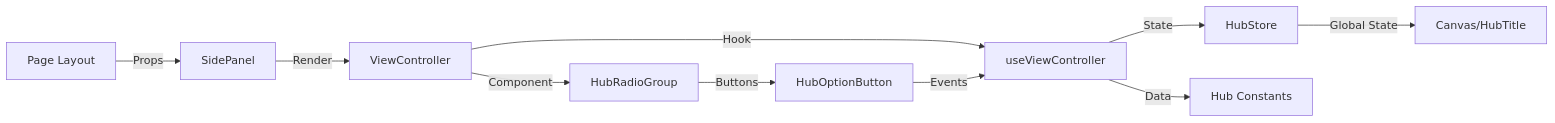
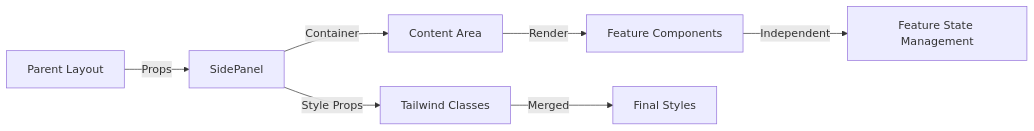
Before and after one commit to endo-ava/music-theory-app: the second of 2 diagrams in src/components/layouts/SidePanel/README.md, drawn with Mermaid. The commit also changed other lines of this file and 1 other file, not shown here.

````diff
--- a/src/components/layouts/SidePanel/README.md
+++ b/src/components/layouts/SidePanel/README.md
@@ -66,12 +59,9 @@
 ```mermaid
 flowchart LR
-    A[Page Layout] -->|Props| B[SidePanel]
-    B -->|Render| C[ViewController]
-    C -->|Hook| D[useViewController]
-    D -->|State| E[HubStore]
-    D -->|Data| F[Hub Constants]
-    C -->|Component| G[HubRadioGroup]
-    G -->|Buttons| H[HubOptionButton]
-    E -->|Global State| I[Canvas/HubTitle]
-    H -->|Events| D
+    A[Parent Layout] -->|Props| B[SidePanel]
+    B -->|Container| C[Content Area]
+    C -->|Render| D[Feature Components]
+    D -->|Independent| E[Feature State Management]
+    B -->|Style Props| F[Tailwind Classes]
+    F -->|Merged| G[Final Styles]
 ```
````
